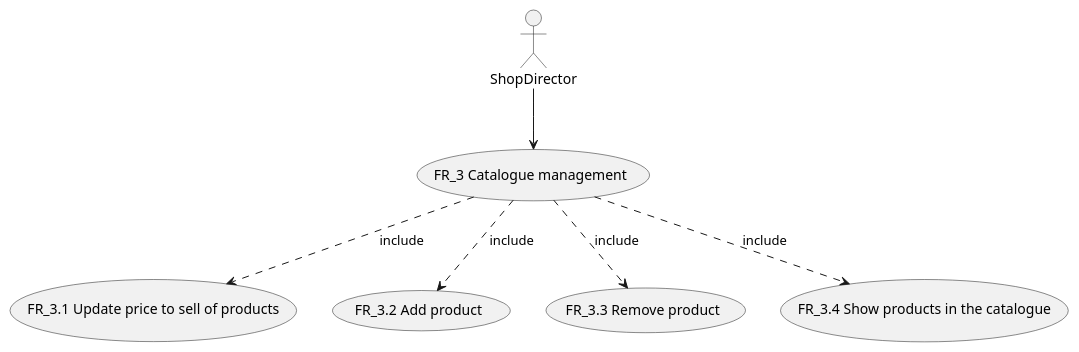
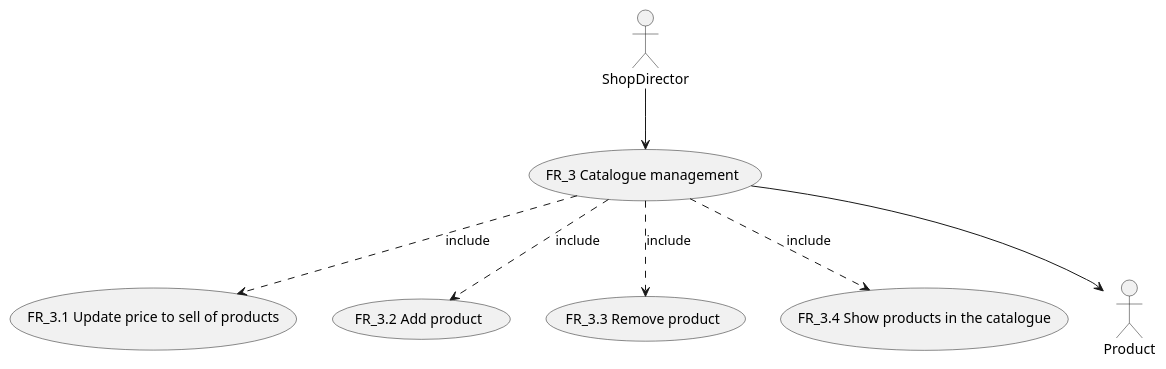
The fifth of 11 diagrams in Deliverables/RequirementsDocument.md (Stormz4/group20-EzShop), drawn with PlantUML before and after one commit. The commit also changed other lines of this file, not shown here.

Commit message:
Doc: Fixed use case diagrams

````diff
--- a/Deliverables/RequirementsDocument.md
+++ b/Deliverables/RequirementsDocument.md
@@ -295,11 +300,11 @@
 ```plantuml
 @startuml
 
 :ShopDirector: --> (FR_3 Catalogue management)
 (FR_3 Catalogue management) ..> (FR_3.1 Update price to sell of products) : include
 (FR_3 Catalogue management) ..> (FR_3.2 Add product) : include
 (FR_3 Catalogue management) ..> (FR_3.3 Remove product) : include
 (FR_3 Catalogue management) ..> (FR_3.4 Show products in the catalogue) : include
-
+(FR_3 Catalogue management) --> :Product: 
 @enduml
 ```
````
